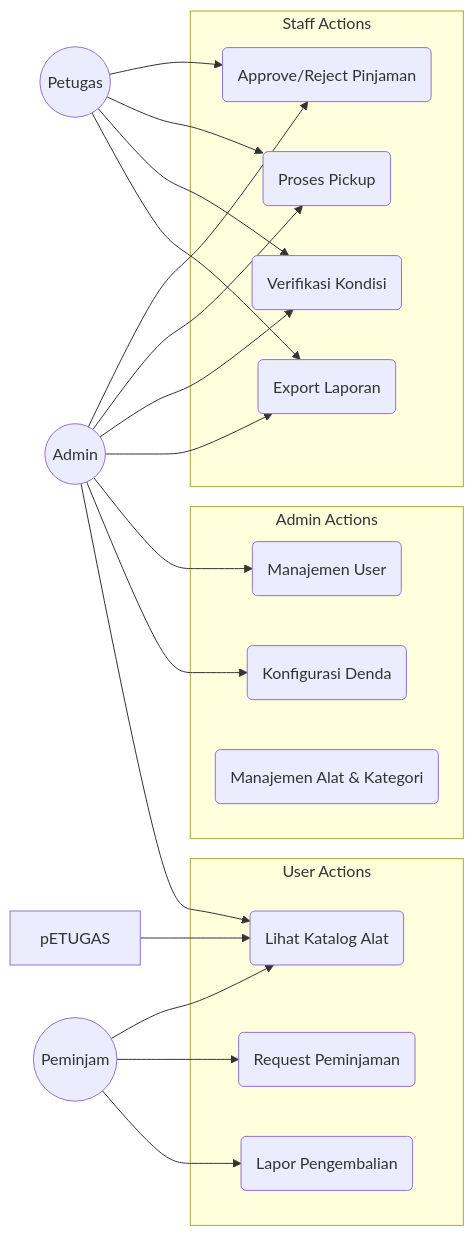
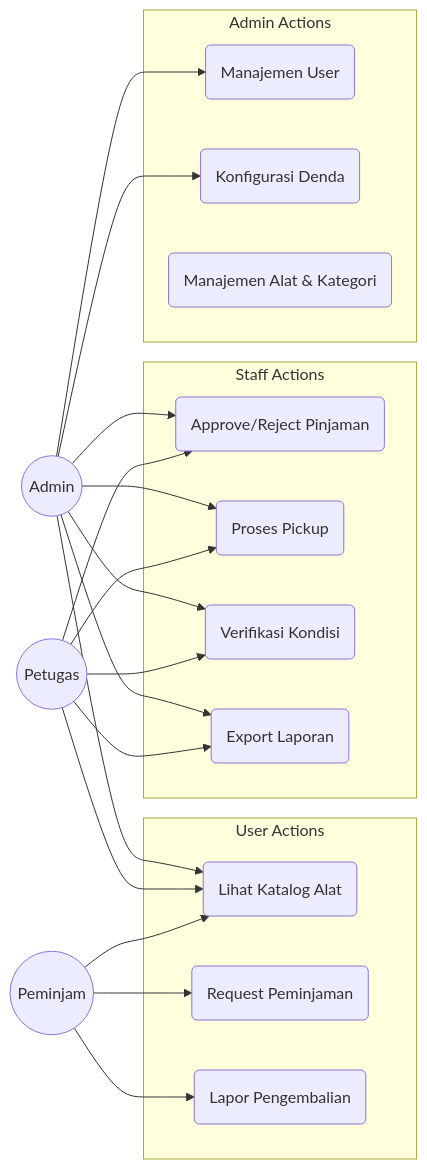
One commit to Vrdeyy/spk1 changed the second of 2 diagrams in README.md. Above: the diagram before and after it, drawn with Mermaid.

````diff
--- a/README.md
+++ b/README.md
@@ -67,43 +67,43 @@
 ```mermaid
 flowchart LR
     Peminjam((Peminjam))
     Petugas((Petugas))
     Admin((Admin))
 
     subgraph User_Actions [User Actions]
         P1(Lihat Katalog Alat)
         P2(Request Peminjaman)
         P3(Lapor Pengembalian)
     end
 
     subgraph Staff_Actions [Staff Actions]
         S1(Approve/Reject Pinjaman)
         S2(Proses Pickup)
         S3(Verifikasi Kondisi)
         S4(Export Laporan)
     end
 
     subgraph Admin_Actions [Admin Actions]
         A1(Manajemen User)
         A2(Konfigurasi Denda)
         A3(Manajemen Alat & Kategori)
     end
 
     Peminjam --> P1
     Peminjam --> P2
     Peminjam --> P3
 
     Petugas --> S1
     Petugas --> S2
     Petugas --> S3
     Petugas --> S4
-    pETUGAS --> P1
+    Petugas --> P1
 
     Admin --> S1
     Admin --> S2
     Admin --> S3
     Admin --> S4
     Admin --> A1
     Admin --> A2
     Admin --> P1
 ```
````
